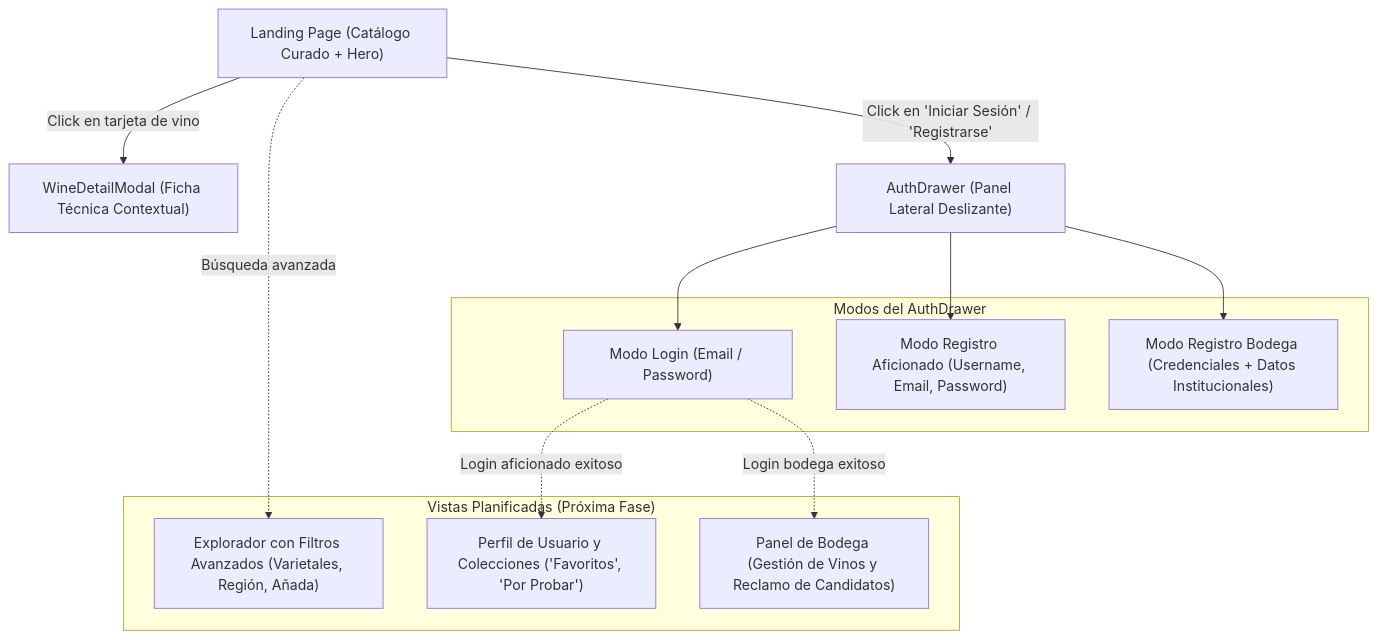
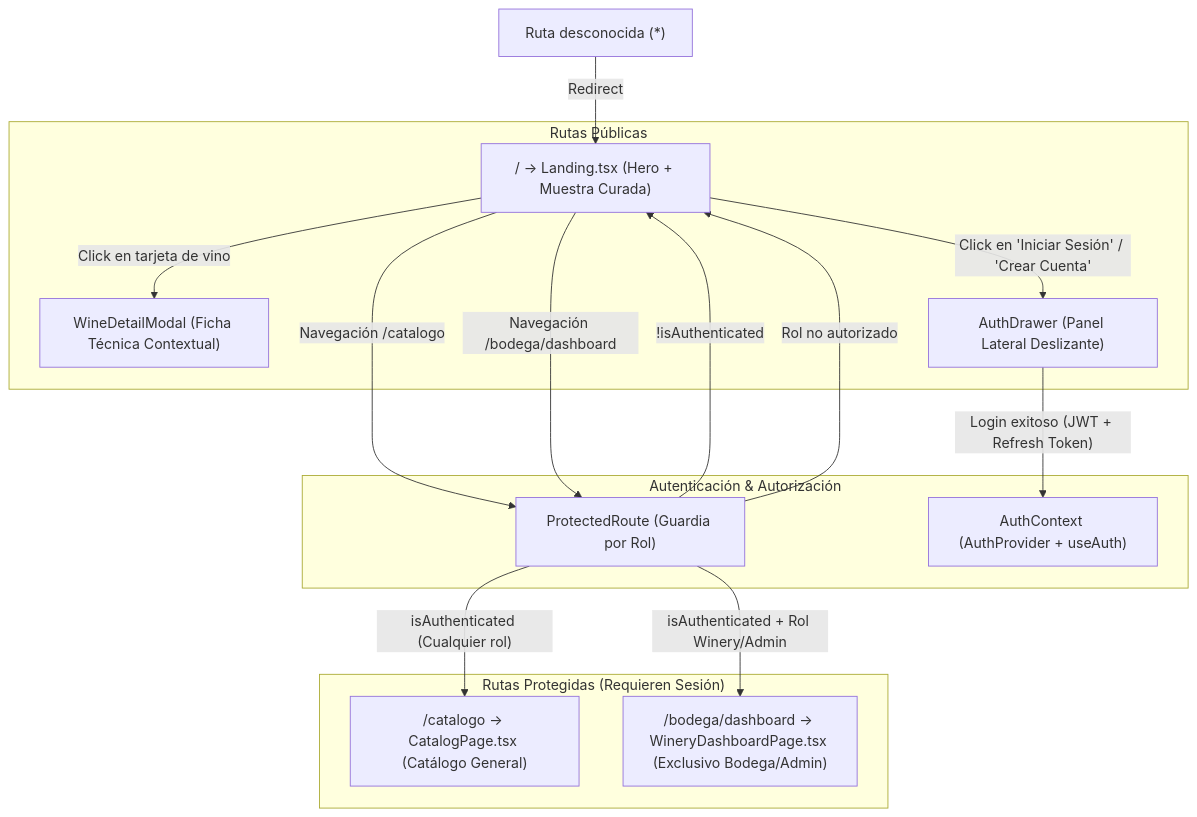
The diagram in docs/frontend/navigation-flow.md (NehuenCacabelos/AyVino), drawn with Mermaid before and after one commit. The commit also changed other lines of this file and 24 other files, not shown here.

Commit message:
feat(auth): implementar arquitectura por features, contexto de sesión y rutas protegidas

````diff
--- a/docs/frontend/navigation-flow.md
+++ b/docs/frontend/navigation-flow.md
@@ -9,28 +9,32 @@
 ```mermaid
 flowchart TD
-    Landing["Landing Page (Catálogo Curado + Hero)"]
-    DetailModal["WineDetailModal (Ficha Técnica Contextual)"]
-    AuthDrawer["AuthDrawer (Panel Lateral Deslizante)"]
-
-    subgraph AuthSubviews["Modos del AuthDrawer"]
-        LoginMode["Modo Login (Email / Password)"]
-        RegisterUser["Modo Registro Aficionado (Username, Email, Password)"]
-        RegisterWinery["Modo Registro Bodega (Credenciales + Datos Institucionales)"]
+    subgraph PublicRoutes["Rutas Públicas"]
+        Landing["/ -> Landing.tsx (Hero + Muestra Curada)"]
+        DetailModal["WineDetailModal (Ficha Técnica Contextual)"]
+        AuthDrawer["AuthDrawer (Panel Lateral Deslizante)"]
     end
 
-    subgraph FutureViews["Vistas Planificadas (Próxima Fase)"]
-        SearchCatalog["Explorador con Filtros Avanzados (Varietales, Región, Añada)"]
-        UserProfile["Perfil de Usuario y Colecciones ('Favoritos', 'Por Probar')"]
-        WineryDashboard["Panel de Bodega (Gestión de Vinos y Reclamo de Candidatos)"]
+    subgraph AuthPipeline["Autenticación & Autorización"]
+        Guard["ProtectedRoute (Guardia por Rol)"]
+        AuthContext["AuthContext (AuthProvider + useAuth)"]
+    end
+
+    subgraph ProtectedRoutes["Rutas Protegidas (Requieren Sesión)"]
+        Catalog["/catalogo -> CatalogPage.tsx (Catálogo General)"]
+        WineryDash["/bodega/dashboard -> WineryDashboardPage.tsx (Exclusivo Bodega/Admin)"]
     end
 
     Landing -->|"Click en tarjeta de vino"| DetailModal
-    Landing -->|"Click en 'Iniciar Sesión' / 'Registrarse'"| AuthDrawer
-    AuthDrawer --> LoginMode
-    AuthDrawer --> RegisterUser
-    AuthDrawer --> RegisterWinery
+    Landing -->|"Click en 'Iniciar Sesión' / 'Crear Cuenta'"| AuthDrawer
+    AuthDrawer -->|"Login exitoso (JWT + Refresh Token)"| AuthContext
 
-    Landing -.->|"Búsqueda avanzada"| SearchCatalog
-    LoginMode -.->|"Login aficionado exitoso"| UserProfile
-    LoginMode -.->|"Login bodega exitoso"| WineryDashboard
+    Landing -->|"Navegación /catalogo"| Guard
+    Landing -->|"Navegación /bodega/dashboard"| Guard
+
+    Guard -->|"!isAuthenticated"| Landing
+    Guard -->|"isAuthenticated (Cualquier rol)"| Catalog
+    Guard -->|"isAuthenticated + Rol Winery/Admin"| WineryDash
+    Guard -->|"Rol no autorizado"| Landing
+
+    Fallback["Ruta desconocida (*)"] -->|"Redirect"| Landing
 ```
````
